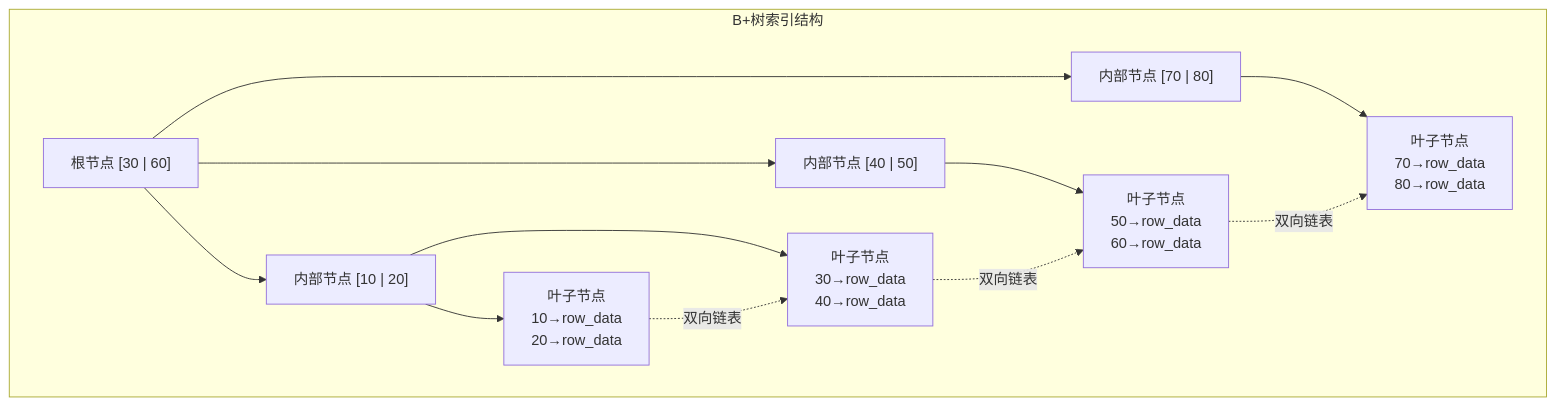
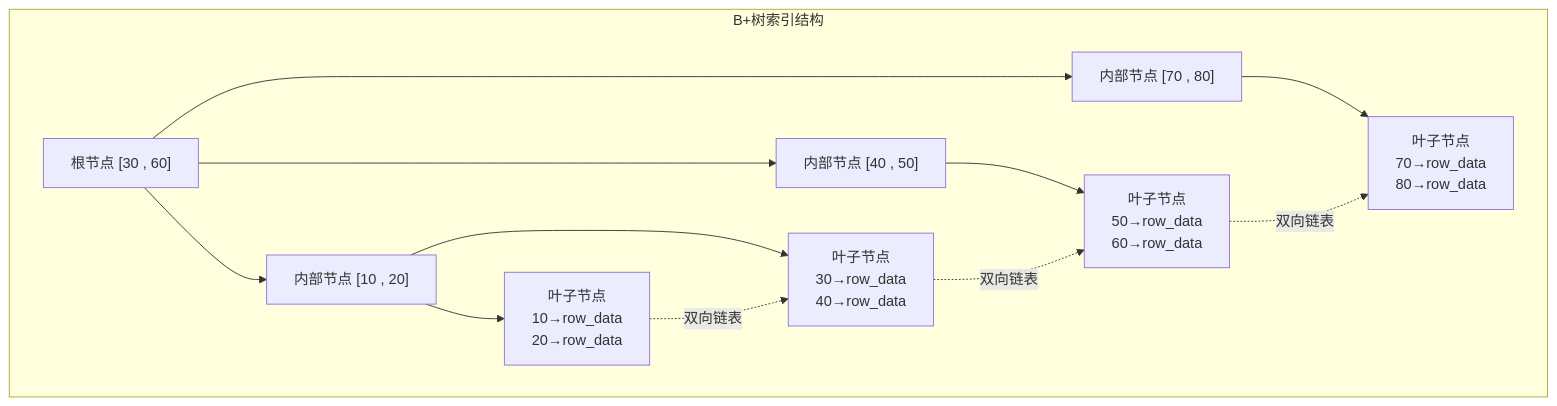
Before and after one commit to b1tzer/b1tzer.github.io: the second of 3 diagrams in docs/03-mysql/02-索引详解.md, drawn with Mermaid. The commit also changed other lines of this file and 16 other files, not shown here.

````diff
--- a/docs/03-mysql/02-索引详解.md
+++ b/docs/03-mysql/02-索引详解.md
@@ -60,24 +83,24 @@
 ```mermaid
 flowchart TD
-    subgraph B+树索引结构
-        Root["根节点 [30 | 60]"]
-        N1["内部节点 [10 | 20]"]
-        N2["内部节点 [40 | 50]"]
-        N3["内部节点 [70 | 80]"]
-        L1["叶子节点<br>10→row_data<br>20→row_data"]
-        L2["叶子节点<br>30→row_data<br>40→row_data"]
-        L3["叶子节点<br>50→row_data<br>60→row_data"]
-        L4["叶子节点<br>70→row_data<br>80→row_data"]
+    subgraph BPTREE["B+树索引结构"]
+        Root["根节点 [30 , 60]"]
+        N1["内部节点 [10 , 20]"]
+        N2["内部节点 [40 , 50]"]
+        N3["内部节点 [70 , 80]"]
+        L1["叶子节点<br/>10→row_data<br/>20→row_data"]
+        L2["叶子节点<br/>30→row_data<br/>40→row_data"]
+        L3["叶子节点<br/>50→row_data<br/>60→row_data"]
+        L4["叶子节点<br/>70→row_data<br/>80→row_data"]
     end
 
     Root --> N1
     Root --> N2
     Root --> N3
     N1 --> L1
     N1 --> L2
     N2 --> L3
     N3 --> L4
-    L1 -.->|双向链表| L2
-    L2 -.->|双向链表| L3
-    L3 -.->|双向链表| L4
+    L1 -. "双向链表" .-> L2
+    L2 -. "双向链表" .-> L3
+    L3 -. "双向链表" .-> L4
 ```
````
